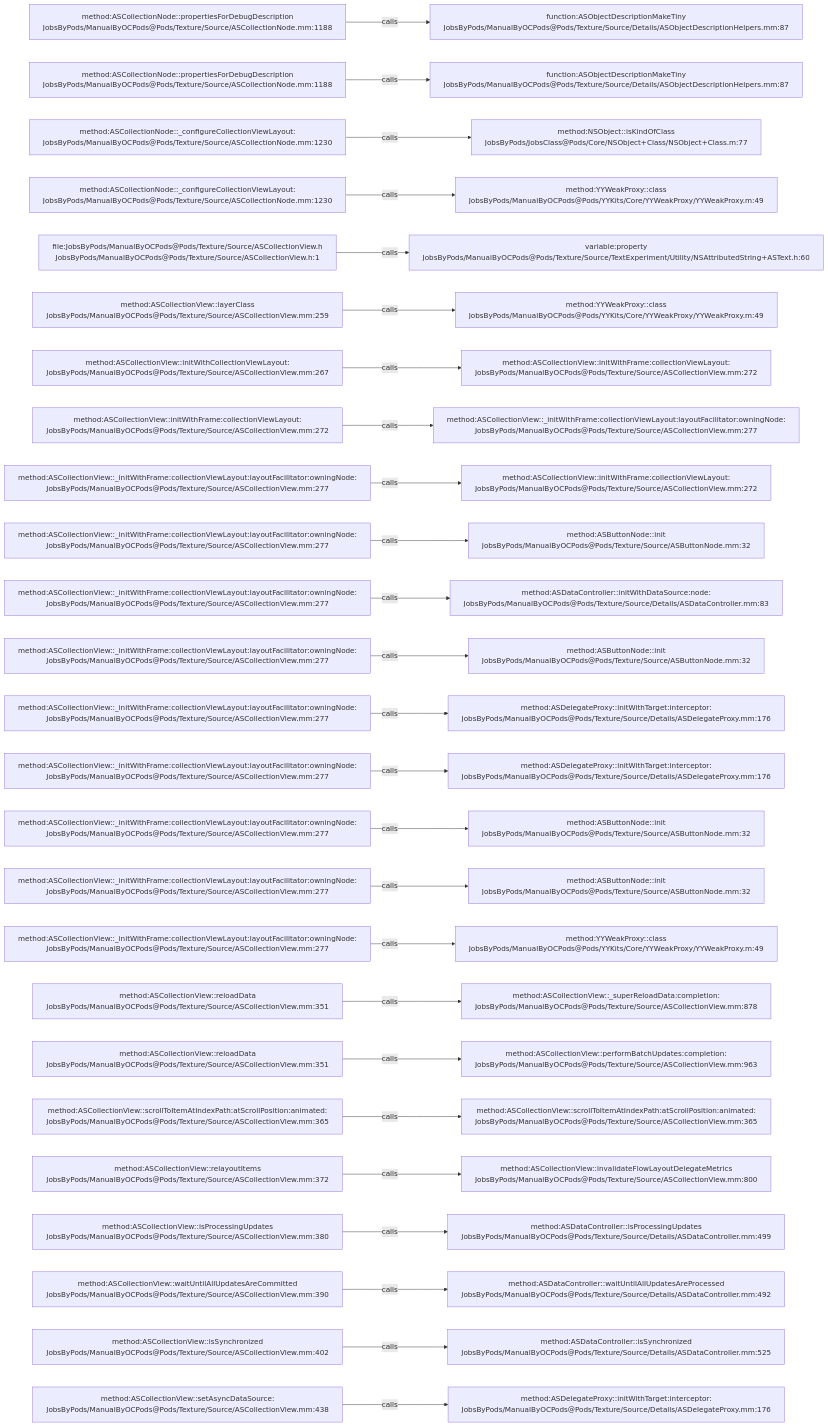
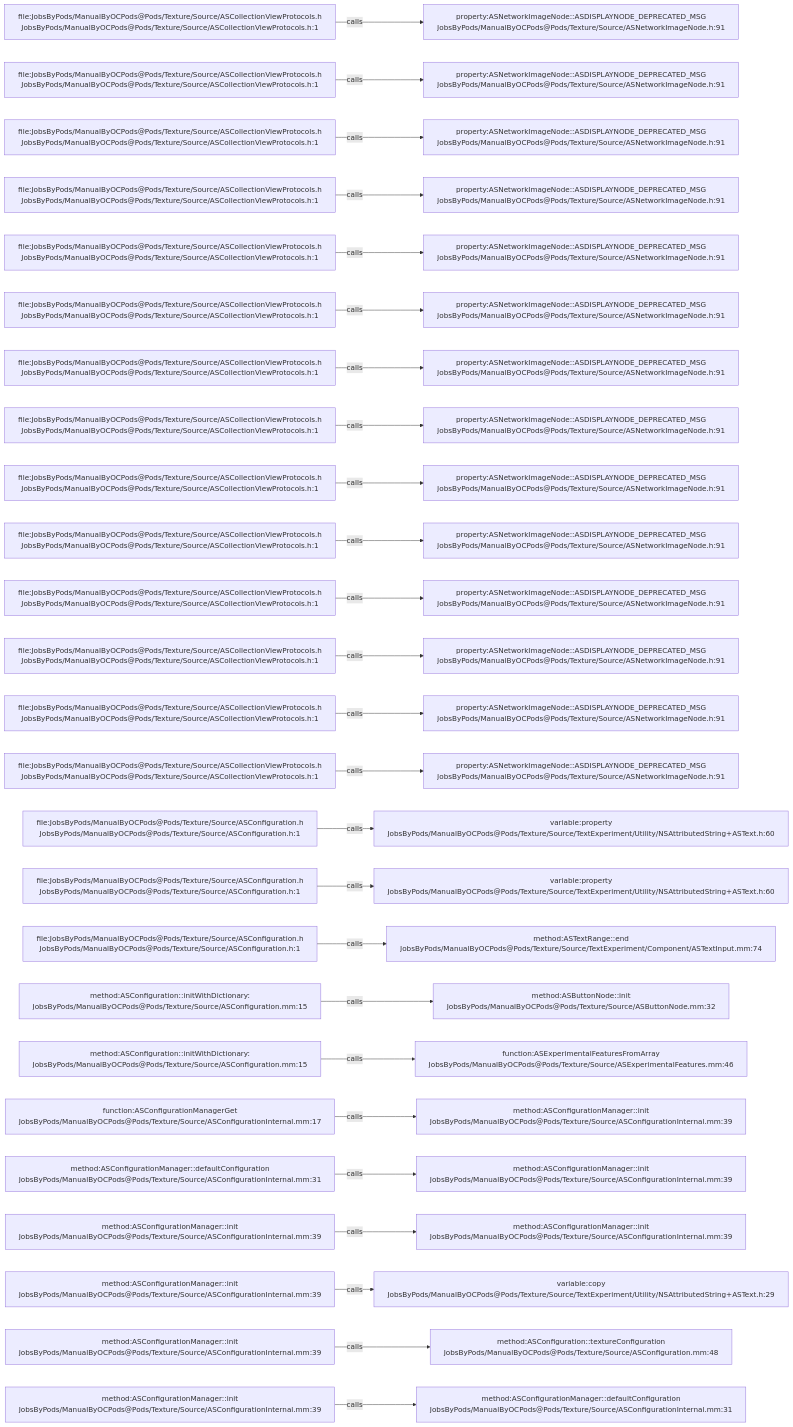
The diagram in .codegraph/codegraph.md/graphs/calls-087.md (JobsKits/JobsOCBaseConfigDemo), drawn with Mermaid before and after one commit. The commit also changed 1223 other files, not shown here.

````diff
--- a/.codegraph/codegraph.md/graphs/calls-087.md
+++ b/.codegraph/codegraph.md/graphs/calls-087.md
@@ -13,78 +13,78 @@
 ```mermaid
 flowchart LR
-  S1["method:ASCollectionNode::propertiesForDebugDescription<br/>JobsByPods/ManualByOCPods@Pods/Texture/Source/ASCollectionNode.mm:1188"]
-  T1["function:ASObjectDescriptionMakeTiny<br/>JobsByPods/ManualByOCPods@Pods/Texture/Source/Details/ASObjectDescriptionHelpers.mm:87"]
+  S1["file:JobsByPods/ManualByOCPods@Pods/Texture/Source/ASCollectionViewProtocols.h<br/>JobsByPods/ManualByOCPods@Pods/Texture/Source/ASCollectionViewProtocols.h:1"]
+  T1["property:ASNetworkImageNode::ASDISPLAYNODE_DEPRECATED_MSG<br/>JobsByPods/ManualByOCPods@Pods/Texture/Source/ASNetworkImageNode.h:91"]
   S1 -->|calls| T1
-  S2["method:ASCollectionNode::propertiesForDebugDescription<br/>JobsByPods/ManualByOCPods@Pods/Texture/Source/ASCollectionNode.mm:1188"]
-  T2["function:ASObjectDescriptionMakeTiny<br/>JobsByPods/ManualByOCPods@Pods/Texture/Source/Details/ASObjectDescriptionHelpers.mm:87"]
+  S2["file:JobsByPods/ManualByOCPods@Pods/Texture/Source/ASCollectionViewProtocols.h<br/>JobsByPods/ManualByOCPods@Pods/Texture/Source/ASCollectionViewProtocols.h:1"]
+  T2["property:ASNetworkImageNode::ASDISPLAYNODE_DEPRECATED_MSG<br/>JobsByPods/ManualByOCPods@Pods/Texture/Source/ASNetworkImageNode.h:91"]
   S2 -->|calls| T2
-  S3["method:ASCollectionNode::_configureCollectionViewLayout:<br/>JobsByPods/ManualByOCPods@Pods/Texture/Source/ASCollectionNode.mm:1230"]
-  T3["method:NSObject::isKindOfClass<br/>JobsByPods/JobsClass@Pods/Core/NSObject+Class/NSObject+Class.m:77"]
+  S3["file:JobsByPods/ManualByOCPods@Pods/Texture/Source/ASCollectionViewProtocols.h<br/>JobsByPods/ManualByOCPods@Pods/Texture/Source/ASCollectionViewProtocols.h:1"]
+  T3["property:ASNetworkImageNode::ASDISPLAYNODE_DEPRECATED_MSG<br/>JobsByPods/ManualByOCPods@Pods/Texture/Source/ASNetworkImageNode.h:91"]
   S3 -->|calls| T3
-  S4["method:ASCollectionNode::_configureCollectionViewLayout:<br/>JobsByPods/ManualByOCPods@Pods/Texture/Source/ASCollectionNode.mm:1230"]
-  T4["method:YYWeakProxy::class<br/>JobsByPods/ManualByOCPods@Pods/YYKits/Core/YYWeakProxy/YYWeakProxy.m:49"]
+  S4["file:JobsByPods/ManualByOCPods@Pods/Texture/Source/ASCollectionViewProtocols.h<br/>JobsByPods/ManualByOCPods@Pods/Texture/Source/ASCollectionViewProtocols.h:1"]
+  T4["property:ASNetworkImageNode::ASDISPLAYNODE_DEPRECATED_MSG<br/>JobsByPods/ManualByOCPods@Pods/Texture/Source/ASNetworkImageNode.h:91"]
   S4 -->|calls| T4
-  S5["file:JobsByPods/ManualByOCPods@Pods/Texture/Source/ASCollectionView.h<br/>JobsByPods/ManualByOCPods@Pods/Texture/Source/ASCollectionView.h:1"]
-  T5["variable:property<br/>JobsByPods/ManualByOCPods@Pods/Texture/Source/TextExperiment/Utility/NSAttributedString+ASText.h:60"]
+  S5["file:JobsByPods/ManualByOCPods@Pods/Texture/Source/ASCollectionViewProtocols.h<br/>JobsByPods/ManualByOCPods@Pods/Texture/Source/ASCollectionViewProtocols.h:1"]
+  T5["property:ASNetworkImageNode::ASDISPLAYNODE_DEPRECATED_MSG<br/>JobsByPods/ManualByOCPods@Pods/Texture/Source/ASNetworkImageNode.h:91"]
   S5 -->|calls| T5
-  S6["method:ASCollectionView::layerClass<br/>JobsByPods/ManualByOCPods@Pods/Texture/Source/ASCollectionView.mm:259"]
-  T6["method:YYWeakProxy::class<br/>JobsByPods/ManualByOCPods@Pods/YYKits/Core/YYWeakProxy/YYWeakProxy.m:49"]
+  S6["file:JobsByPods/ManualByOCPods@Pods/Texture/Source/ASCollectionViewProtocols.h<br/>JobsByPods/ManualByOCPods@Pods/Texture/Source/ASCollectionViewProtocols.h:1"]
+  T6["property:ASNetworkImageNode::ASDISPLAYNODE_DEPRECATED_MSG<br/>JobsByPods/ManualByOCPods@Pods/Texture/Source/ASNetworkImageNode.h:91"]
   S6 -->|calls| T6
-  S7["method:ASCollectionView::initWithCollectionViewLayout:<br/>JobsByPods/ManualByOCPods@Pods/Texture/Source/ASCollectionView.mm:267"]
-  T7["method:ASCollectionView::initWithFrame:collectionViewLayout:<br/>JobsByPods/ManualByOCPods@Pods/Texture/Source/ASCollectionView.mm:272"]
+  S7["file:JobsByPods/ManualByOCPods@Pods/Texture/Source/ASCollectionViewProtocols.h<br/>JobsByPods/ManualByOCPods@Pods/Texture/Source/ASCollectionViewProtocols.h:1"]
+  T7["property:ASNetworkImageNode::ASDISPLAYNODE_DEPRECATED_MSG<br/>JobsByPods/ManualByOCPods@Pods/Texture/Source/ASNetworkImageNode.h:91"]
   S7 -->|calls| T7
-  S8["method:ASCollectionView::initWithFrame:collectionViewLayout:<br/>JobsByPods/ManualByOCPods@Pods/Texture/Source/ASCollectionView.mm:272"]
-  T8["method:ASCollectionView::_initWithFrame:collectionViewLayout:layoutFacilitator:owningNode:<br/>JobsByPods/ManualByOCPods@Pods/Texture/Source/ASCollectionView.mm:277"]
+  S8["file:JobsByPods/ManualByOCPods@Pods/Texture/Source/ASCollectionViewProtocols.h<br/>JobsByPods/ManualByOCPods@Pods/Texture/Source/ASCollectionViewProtocols.h:1"]
+  T8["property:ASNetworkImageNode::ASDISPLAYNODE_DEPRECATED_MSG<br/>JobsByPods/ManualByOCPods@Pods/Texture/Source/ASNetworkImageNode.h:91"]
   S8 -->|calls| T8
-  S9["method:ASCollectionView::_initWithFrame:collectionViewLayout:layoutFacilitator:owningNode:<br/>JobsByPods/ManualByOCPods@Pods/Texture/Source/ASCollectionView.mm:277"]
-  T9["method:ASCollectionView::initWithFrame:collectionViewLayout:<br/>JobsByPods/ManualByOCPods@Pods/Texture/Source/ASCollectionView.mm:272"]
+  S9["file:JobsByPods/ManualByOCPods@Pods/Texture/Source/ASCollectionViewProtocols.h<br/>JobsByPods/ManualByOCPods@Pods/Texture/Source/ASCollectionViewProtocols.h:1"]
+  T9["property:ASNetworkImageNode::ASDISPLAYNODE_DEPRECATED_MSG<br/>JobsByPods/ManualByOCPods@Pods/Texture/Source/ASNetworkImageNode.h:91"]
   S9 -->|calls| T9
-  S10["method:ASCollectionView::_initWithFrame:collectionViewLayout:layoutFacilitator:owningNode:<br/>JobsByPods/ManualByOCPods@Pods/Texture/Source/ASCollectionView.mm:277"]
-  T10["method:ASButtonNode::init<br/>JobsByPods/ManualByOCPods@Pods/Texture/Source/ASButtonNode.mm:32"]
+  S10["file:JobsByPods/ManualByOCPods@Pods/Texture/Source/ASCollectionViewProtocols.h<br/>JobsByPods/ManualByOCPods@Pods/Texture/Source/ASCollectionViewProtocols.h:1"]
+  T10["property:ASNetworkImageNode::ASDISPLAYNODE_DEPRECATED_MSG<br/>JobsByPods/ManualByOCPods@Pods/Texture/Source/ASNetworkImageNode.h:91"]
   S10 -->|calls| T10
-  S11["method:ASCollectionView::_initWithFrame:collectionViewLayout:layoutFacilitator:owningNode:<br/>JobsByPods/ManualByOCPods@Pods/Texture/Source/ASCollectionView.mm:277"]
-  T11["method:ASDataController::initWithDataSource:node:<br/>JobsByPods/ManualByOCPods@Pods/Texture/Source/Details/ASDataController.mm:83"]
+  S11["file:JobsByPods/ManualByOCPods@Pods/Texture/Source/ASCollectionViewProtocols.h<br/>JobsByPods/ManualByOCPods@Pods/Texture/Source/ASCollectionViewProtocols.h:1"]
+  T11["property:ASNetworkImageNode::ASDISPLAYNODE_DEPRECATED_MSG<br/>JobsByPods/ManualByOCPods@Pods/Texture/Source/ASNetworkImageNode.h:91"]
   S11 -->|calls| T11
-  S12["method:ASCollectionView::_initWithFrame:collectionViewLayout:layoutFacilitator:owningNode:<br/>JobsByPods/ManualByOCPods@Pods/Texture/Source/ASCollectionView.mm:277"]
-  T12["method:ASButtonNode::init<br/>JobsByPods/ManualByOCPods@Pods/Texture/Source/ASButtonNode.mm:32"]
+  S12["file:JobsByPods/ManualByOCPods@Pods/Texture/Source/ASCollectionViewProtocols.h<br/>JobsByPods/ManualByOCPods@Pods/Texture/Source/ASCollectionViewProtocols.h:1"]
+  T12["property:ASNetworkImageNode::ASDISPLAYNODE_DEPRECATED_MSG<br/>JobsByPods/ManualByOCPods@Pods/Texture/Source/ASNetworkImageNode.h:91"]
   S12 -->|calls| T12
-  S13["method:ASCollectionView::_initWithFrame:collectionViewLayout:layoutFacilitator:owningNode:<br/>JobsByPods/ManualByOCPods@Pods/Texture/Source/ASCollectionView.mm:277"]
-  T13["method:ASDelegateProxy::initWithTarget:interceptor:<br/>JobsByPods/ManualByOCPods@Pods/Texture/Source/Details/ASDelegateProxy.mm:176"]
+  S13["file:JobsByPods/ManualByOCPods@Pods/Texture/Source/ASCollectionViewProtocols.h<br/>JobsByPods/ManualByOCPods@Pods/Texture/Source/ASCollectionViewProtocols.h:1"]
+  T13["property:ASNetworkImageNode::ASDISPLAYNODE_DEPRECATED_MSG<br/>JobsByPods/ManualByOCPods@Pods/Texture/Source/ASNetworkImageNode.h:91"]
   S13 -->|calls| T13
-  S14["method:ASCollectionView::_initWithFrame:collectionViewLayout:layoutFacilitator:owningNode:<br/>JobsByPods/ManualByOCPods@Pods/Texture/Source/ASCollectionView.mm:277"]
-  T14["method:ASDelegateProxy::initWithTarget:interceptor:<br/>JobsByPods/ManualByOCPods@Pods/Texture/Source/Details/ASDelegateProxy.mm:176"]
+  S14["file:JobsByPods/ManualByOCPods@Pods/Texture/Source/ASCollectionViewProtocols.h<br/>JobsByPods/ManualByOCPods@Pods/Texture/Source/ASCollectionViewProtocols.h:1"]
+  T14["property:ASNetworkImageNode::ASDISPLAYNODE_DEPRECATED_MSG<br/>JobsByPods/ManualByOCPods@Pods/Texture/Source/ASNetworkImageNode.h:91"]
   S14 -->|calls| T14
-  S15["method:ASCollectionView::_initWithFrame:collectionViewLayout:layoutFacilitator:owningNode:<br/>JobsByPods/ManualByOCPods@Pods/Texture/Source/ASCollectionView.mm:277"]
-  T15["method:ASButtonNode::init<br/>JobsByPods/ManualByOCPods@Pods/Texture/Source/ASButtonNode.mm:32"]
+  S15["file:JobsByPods/ManualByOCPods@Pods/Texture/Source/ASConfiguration.h<br/>JobsByPods/ManualByOCPods@Pods/Texture/Source/ASConfiguration.h:1"]
+  T15["variable:property<br/>JobsByPods/ManualByOCPods@Pods/Texture/Source/TextExperiment/Utility/NSAttributedString+ASText.h:60"]
   S15 -->|calls| T15
-  S16["method:ASCollectionView::_initWithFrame:collectionViewLayout:layoutFacilitator:owningNode:<br/>JobsByPods/ManualByOCPods@Pods/Texture/Source/ASCollectionView.mm:277"]
-  T16["method:ASButtonNode::init<br/>JobsByPods/ManualByOCPods@Pods/Texture/Source/ASButtonNode.mm:32"]
+  S16["file:JobsByPods/ManualByOCPods@Pods/Texture/Source/ASConfiguration.h<br/>JobsByPods/ManualByOCPods@Pods/Texture/Source/ASConfiguration.h:1"]
+  T16["variable:property<br/>JobsByPods/ManualByOCPods@Pods/Texture/Source/TextExperiment/Utility/NSAttributedString+ASText.h:60"]
   S16 -->|calls| T16
-  S17["method:ASCollectionView::_initWithFrame:collectionViewLayout:layoutFacilitator:owningNode:<br/>JobsByPods/ManualByOCPods@Pods/Texture/Source/ASCollectionView.mm:277"]
-  T17["method:YYWeakProxy::class<br/>JobsByPods/ManualByOCPods@Pods/YYKits/Core/YYWeakProxy/YYWeakProxy.m:49"]
+  S17["file:JobsByPods/ManualByOCPods@Pods/Texture/Source/ASConfiguration.h<br/>JobsByPods/ManualByOCPods@Pods/Texture/Source/ASConfiguration.h:1"]
+  T17["method:ASTextRange::end<br/>JobsByPods/ManualByOCPods@Pods/Texture/Source/TextExperiment/Component/ASTextInput.mm:74"]
   S17 -->|calls| T17
-  S18["method:ASCollectionView::reloadData<br/>JobsByPods/ManualByOCPods@Pods/Texture/Source/ASCollectionView.mm:351"]
-  T18["method:ASCollectionView::_superReloadData:completion:<br/>JobsByPods/ManualByOCPods@Pods/Texture/Source/ASCollectionView.mm:878"]
+  S18["method:ASConfiguration::initWithDictionary:<br/>JobsByPods/ManualByOCPods@Pods/Texture/Source/ASConfiguration.mm:15"]
+  T18["method:ASButtonNode::init<br/>JobsByPods/ManualByOCPods@Pods/Texture/Source/ASButtonNode.mm:32"]
   S18 -->|calls| T18
-  S19["method:ASCollectionView::reloadData<br/>JobsByPods/ManualByOCPods@Pods/Texture/Source/ASCollectionView.mm:351"]
-  T19["method:ASCollectionView::performBatchUpdates:completion:<br/>JobsByPods/ManualByOCPods@Pods/Texture/Source/ASCollectionView.mm:963"]
+  S19["method:ASConfiguration::initWithDictionary:<br/>JobsByPods/ManualByOCPods@Pods/Texture/Source/ASConfiguration.mm:15"]
+  T19["function:ASExperimentalFeaturesFromArray<br/>JobsByPods/ManualByOCPods@Pods/Texture/Source/ASExperimentalFeatures.mm:46"]
   S19 -->|calls| T19
-  S20["method:ASCollectionView::scrollToItemAtIndexPath:atScrollPosition:animated:<br/>JobsByPods/ManualByOCPods@Pods/Texture/Source/ASCollectionView.mm:365"]
-  T20["method:ASCollectionView::scrollToItemAtIndexPath:atScrollPosition:animated:<br/>JobsByPods/ManualByOCPods@Pods/Texture/Source/ASCollectionView.mm:365"]
+  S20["function:ASConfigurationManagerGet<br/>JobsByPods/ManualByOCPods@Pods/Texture/Source/ASConfigurationInternal.mm:17"]
+  T20["method:ASConfigurationManager::init<br/>JobsByPods/ManualByOCPods@Pods/Texture/Source/ASConfigurationInternal.mm:39"]
   S20 -->|calls| T20
-  S21["method:ASCollectionView::relayoutItems<br/>JobsByPods/ManualByOCPods@Pods/Texture/Source/ASCollectionView.mm:372"]
-  T21["method:ASCollectionView::invalidateFlowLayoutDelegateMetrics<br/>JobsByPods/ManualByOCPods@Pods/Texture/Source/ASCollectionView.mm:800"]
+  S21["method:ASConfigurationManager::defaultConfiguration<br/>JobsByPods/ManualByOCPods@Pods/Texture/Source/ASConfigurationInternal.mm:31"]
+  T21["method:ASConfigurationManager::init<br/>JobsByPods/ManualByOCPods@Pods/Texture/Source/ASConfigurationInternal.mm:39"]
   S21 -->|calls| T21
-  S22["method:ASCollectionView::isProcessingUpdates<br/>JobsByPods/ManualByOCPods@Pods/Texture/Source/ASCollectionView.mm:380"]
-  T22["method:ASDataController::isProcessingUpdates<br/>JobsByPods/ManualByOCPods@Pods/Texture/Source/Details/ASDataController.mm:499"]
+  S22["method:ASConfigurationManager::init<br/>JobsByPods/ManualByOCPods@Pods/Texture/Source/ASConfigurationInternal.mm:39"]
+  T22["method:ASConfigurationManager::init<br/>JobsByPods/ManualByOCPods@Pods/Texture/Source/ASConfigurationInternal.mm:39"]
   S22 -->|calls| T22
-  S23["method:ASCollectionView::waitUntilAllUpdatesAreCommitted<br/>JobsByPods/ManualByOCPods@Pods/Texture/Source/ASCollectionView.mm:390"]
-  T23["method:ASDataController::waitUntilAllUpdatesAreProcessed<br/>JobsByPods/ManualByOCPods@Pods/Texture/Source/Details/ASDataController.mm:492"]
+  S23["method:ASConfigurationManager::init<br/>JobsByPods/ManualByOCPods@Pods/Texture/Source/ASConfigurationInternal.mm:39"]
+  T23["variable:copy<br/>JobsByPods/ManualByOCPods@Pods/Texture/Source/TextExperiment/Utility/NSAttributedString+ASText.h:29"]
   S23 -->|calls| T23
-  S24["method:ASCollectionView::isSynchronized<br/>JobsByPods/ManualByOCPods@Pods/Texture/Source/ASCollectionView.mm:402"]
-  T24["method:ASDataController::isSynchronized<br/>JobsByPods/ManualByOCPods@Pods/Texture/Source/Details/ASDataController.mm:525"]
+  S24["method:ASConfigurationManager::init<br/>JobsByPods/ManualByOCPods@Pods/Texture/Source/ASConfigurationInternal.mm:39"]
+  T24["method:ASConfiguration::textureConfiguration<br/>JobsByPods/ManualByOCPods@Pods/Texture/Source/ASConfiguration.mm:48"]
   S24 -->|calls| T24
-  S25["method:ASCollectionView::setAsyncDataSource:<br/>JobsByPods/ManualByOCPods@Pods/Texture/Source/ASCollectionView.mm:438"]
-  T25["method:ASDelegateProxy::initWithTarget:interceptor:<br/>JobsByPods/ManualByOCPods@Pods/Texture/Source/Details/ASDelegateProxy.mm:176"]
+  S25["method:ASConfigurationManager::init<br/>JobsByPods/ManualByOCPods@Pods/Texture/Source/ASConfigurationInternal.mm:39"]
+  T25["method:ASConfigurationManager::defaultConfiguration<br/>JobsByPods/ManualByOCPods@Pods/Texture/Source/ASConfigurationInternal.mm:31"]
   S25 -->|calls| T25
 ```
````
